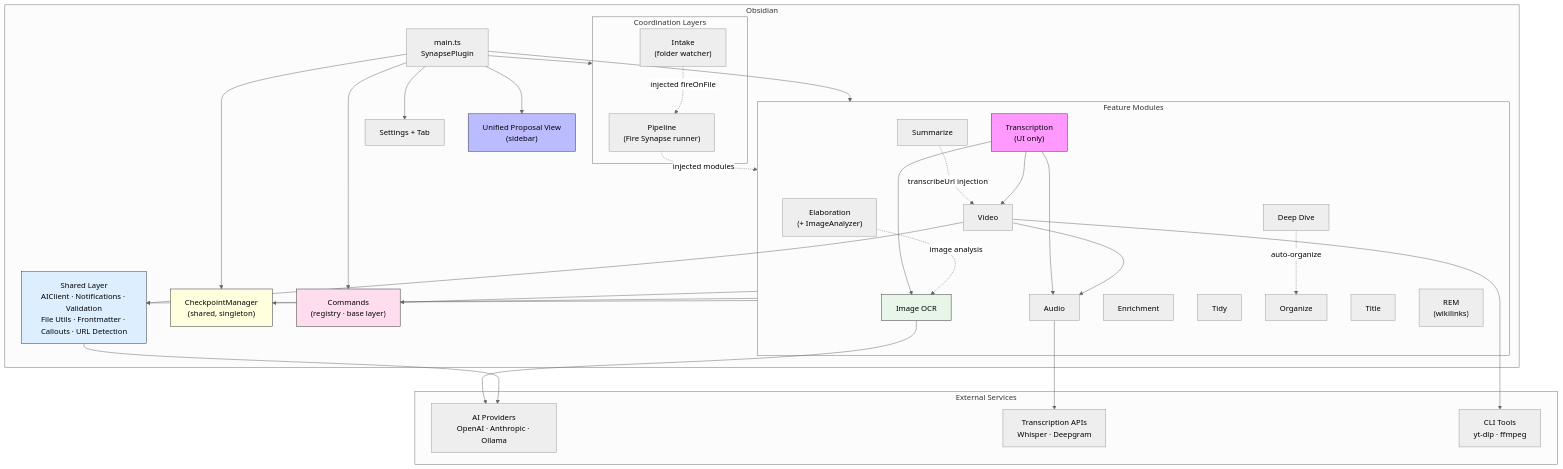
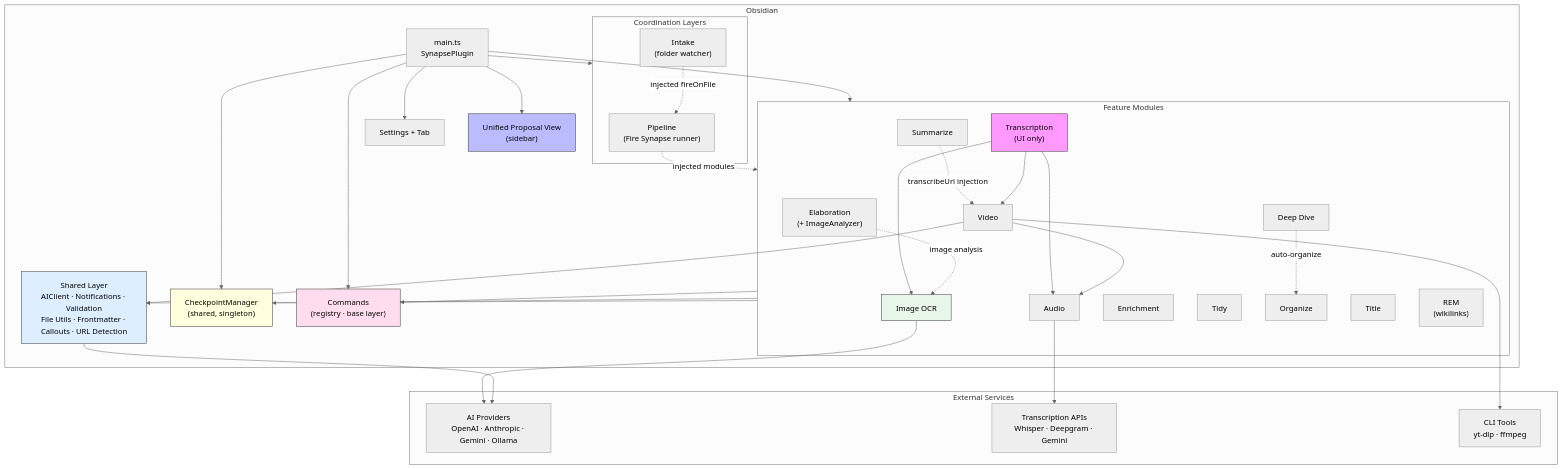
The first of 11 diagrams in ARCHITECTURE.md (dustinkeeton/obsidian-synapse), drawn with Mermaid (neutral theme) before and after one commit. The commit also changed other lines of this file and 19 other files, not shown here.

First line of the commit message:
chore: full codebase audit — architecture, security, and docs

````diff
--- a/ARCHITECTURE.md
+++ b/ARCHITECTURE.md
@@ -20,69 +20,69 @@
 ```mermaid
 graph TB
     subgraph Obsidian["Obsidian"]
         Main["main.ts<br/>SynapsePlugin"]
         Settings["Settings + Tab"]
         Sidebar["Unified Proposal View<br/>(sidebar)"]
         CkptMgr["CheckpointManager<br/>(shared, singleton)"]
 
         subgraph Coord["Coordination Layers"]
             Pipe["Pipeline<br/>(Fire Synapse runner)"]
             Intake["Intake<br/>(folder watcher)"]
         end
 
         subgraph Features["Feature Modules"]
             Elab["Elaboration<br/>(+ ImageAnalyzer)"]
             Audio["Audio"]
             Video["Video"]
             Image["Image OCR"]
             Trans["Transcription<br/>(UI only)"]
             Enrich["Enrichment"]
             Summ["Summarize"]
             Tidy["Tidy"]
             Org["Organize"]
             DD["Deep Dive"]
             Title["Title"]
             Rem["REM<br/>(wikilinks)"]
         end
 
         Commands["Commands<br/>(registry · base layer)"]
         Shared["Shared Layer<br/>AIClient · Notifications · Validation<br/>File Utils · Frontmatter · Callouts · URL Detection"]
     end
 
     subgraph External["External Services"]
-        AI["AI Providers<br/>OpenAI · Anthropic · Ollama"]
-        TransAPI["Transcription APIs<br/>Whisper · Deepgram"]
+        AI["AI Providers<br/>OpenAI · Anthropic · Gemini · Ollama"]
+        TransAPI["Transcription APIs<br/>Whisper · Deepgram · Gemini"]
         Tools["CLI Tools<br/>yt-dlp · ffmpeg"]
     end
 
     Main --> Settings
     Main --> Sidebar
     Main --> CkptMgr
     Main --> Commands
     Main --> Coord
     Main --> Features
     Pipe -.->|injected modules| Features
     Intake -.->|injected fireOnFile| Pipe
     Features --> Shared
     Features --> Commands
     Features --> CkptMgr
     Shared --> AI
     Audio --> TransAPI
     Video --> Tools
     Video --> Audio
     Video --> Shared
     Image --> AI
     Elab -.->|image analysis| Image
     Trans --> Audio
     Trans --> Video
     Trans --> Image
     Summ -.->|transcribeUrl injection| Video
     DD -.->|auto-organize| Org
 
     style Trans fill:#f9f,stroke:#333
     style Sidebar fill:#bbf,stroke:#333
     style CkptMgr fill:#ffd,stroke:#333
     style Commands fill:#fde,stroke:#333
     style Shared fill:#def,stroke:#333
     style Image fill:#e8f5e9,stroke:#333
 ```
````
